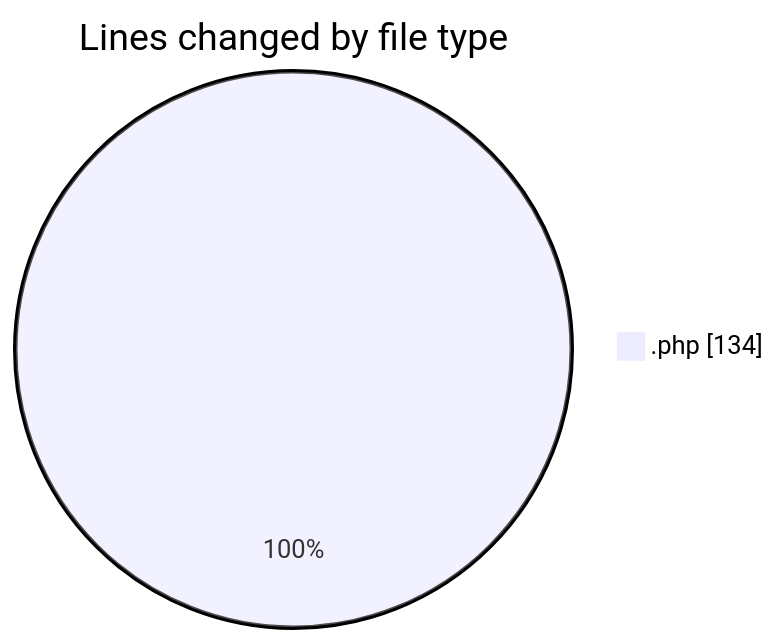
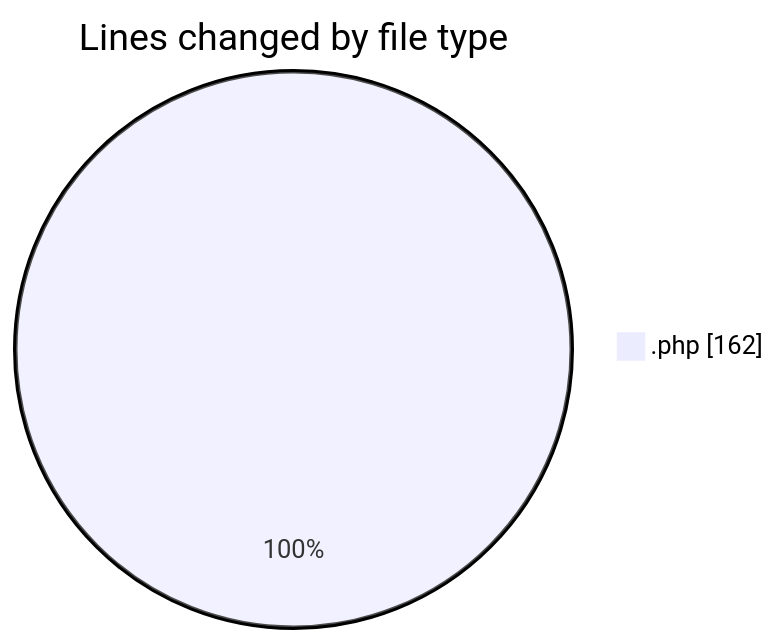
Before and after one commit to LanceThiago/code-tracking: the first of 2 diagrams in 2026-09-14/web/README.md, drawn with Mermaid. The commit also changed other lines of this file and 1 other file, not shown here.

````diff
--- a/2026-09-14/web/README.md
+++ b/2026-09-14/web/README.md
@@ -20,5 +20,5 @@
 ```mermaid
 pie showData
 title Lines changed by file type
-".php" : 134
+".php" : 162
 ```
````
